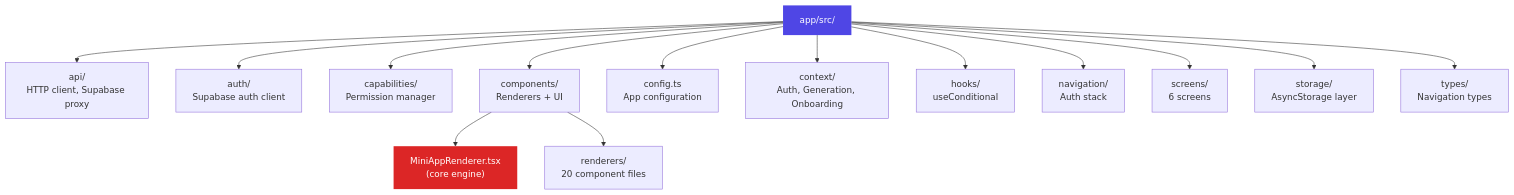
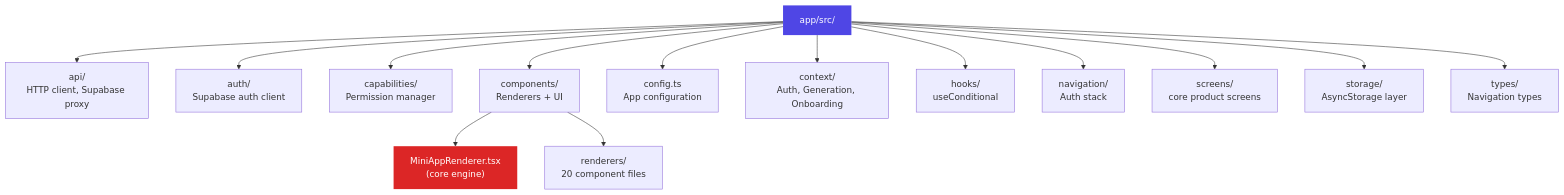
Before and after one commit to wartelth/baristapp: the first of 2 diagrams in docs/docs/app/overview.md, drawn with Mermaid. The commit also changed other lines of this file and 123 other files, not shown here.

````diff
--- a/docs/docs/app/overview.md
+++ b/docs/docs/app/overview.md
@@ -15,21 +26,21 @@
 ```mermaid
 graph TD
     App["app/src/"]
     App --> API["api/<br/>HTTP client, Supabase proxy"]
     App --> Auth["auth/<br/>Supabase auth client"]
     App --> Caps["capabilities/<br/>Permission manager"]
     App --> Comp["components/<br/>Renderers + UI"]
     App --> Config["config.ts<br/>App configuration"]
     App --> Ctx["context/<br/>Auth, Generation, Onboarding"]
     App --> Hooks["hooks/<br/>useConditional"]
     App --> Nav["navigation/<br/>Auth stack"]
-    App --> Screens["screens/<br/>6 screens"]
+    App --> Screens["screens/<br/>core product screens"]
     App --> Storage["storage/<br/>AsyncStorage layer"]
     App --> Types["types/<br/>Navigation types"]
 
     Comp --> MR["MiniAppRenderer.tsx<br/>(core engine)"]
     Comp --> Rend["renderers/<br/>20 component files"]
 
     style App fill:#4f46e5,color:#fff,stroke:none
     style MR fill:#dc2626,color:#fff,stroke:none
 ```
````
